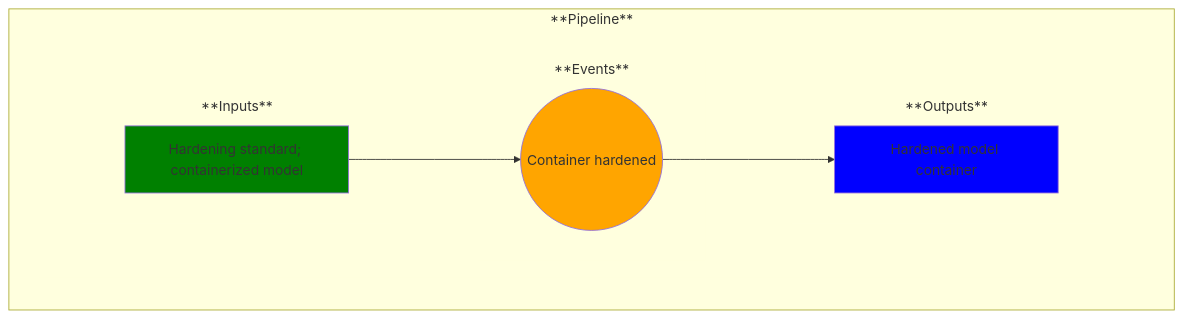
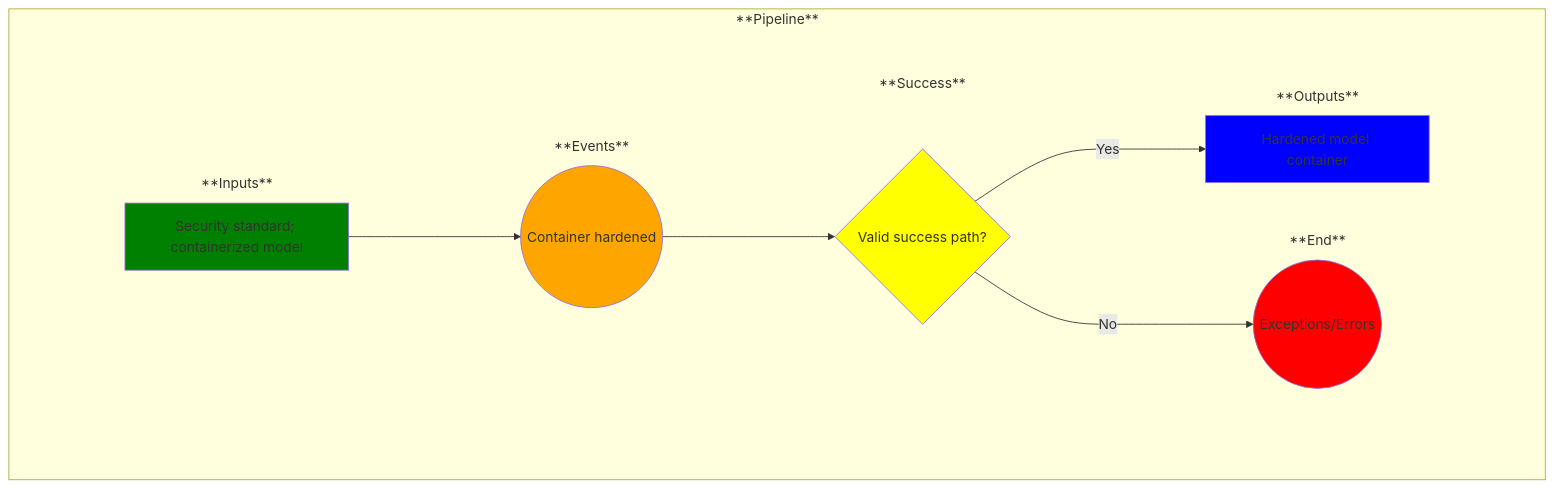
The diagram in use-cases/13-container-hardened.md (MLOps-OpenAPI/arch-diagrams), drawn with Mermaid before and after one commit. The commit also changed other lines of this file, not shown here.

Commit message:
Updated UC13

````diff
--- a/use-cases/13-container-hardened.md
+++ b/use-cases/13-container-hardened.md
@@ -16,51 +16,67 @@
 ```mermaid
 
 %% Creating a left-to-right flowchart
 %% Learn the syntax here: https://mermaid.js.org/syntax/flowchart.html
 %% Note: flowchart and graph are the same in Mermaid
 graph LR;
 
     %% Define the common flow items:
     %%A--> B
     %%B-->C
     subgraph Pipeline ["**Pipeline**"]
         
         %% Add an empty node to overcome some formatting issues
         subgraph invisibleSpace["<br/>"]
 
             %% Add the rest of the nodes
             subgraph Inputs ["**Inputs**"]
                 A
             end
             subgraph Events ["**Events**"]
                 B
             end
+            subgraph Success ["**Success**"]
+                C
+            end
+            subgraph End ["**End**"]
+                D
+            end
             subgraph Outputs ["**Outputs**"]
-                C
+                E
             end
         end
         A-->B
-        %%C--> | test text | D
         B-->C
-        %%D--> | test text | E
+        C--> | No | D
+        C--> | Yes | E
     end
 
     %% Now label and style the blocks
     %% Note: You could have done this above, but I find this to be cleaner and easier to manage
 
-    A[Hardening standard; containerized model]
+    A[Security standard; containerized model]
     style A fill:green
 
     B((Container hardened))
     style B fill:orange
 
     C[Hardened model container]
     style C fill:blue
 
+    C{Valid success path?}
+    style C fill:yellow
+
+    D((Exceptions/Errors))
+    style D fill:red
+
+    E[Hardened model container]
+    style E fill:blue
+
     %% Remove unnecessary box outlines
     style invisibleSpace stroke-width:0
     style Inputs stroke-width:0
     style Events stroke-width:0
     style Outputs stroke-width:0
-
+    style End stroke-width:0
+    style Success stroke-width:0
 ```
````
